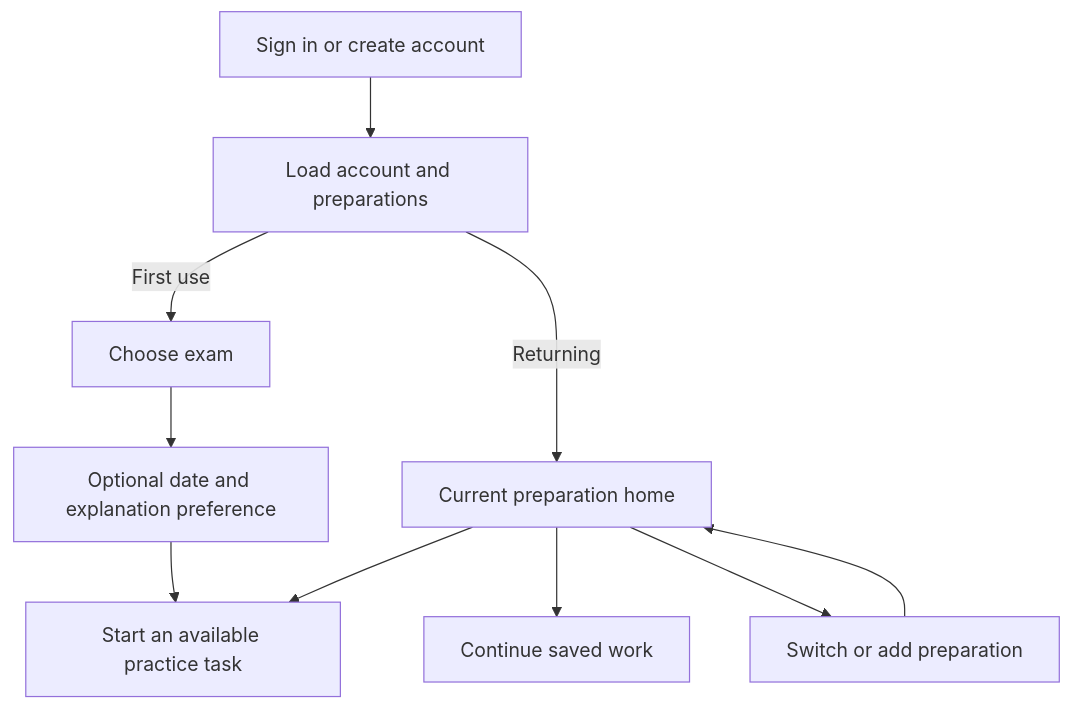
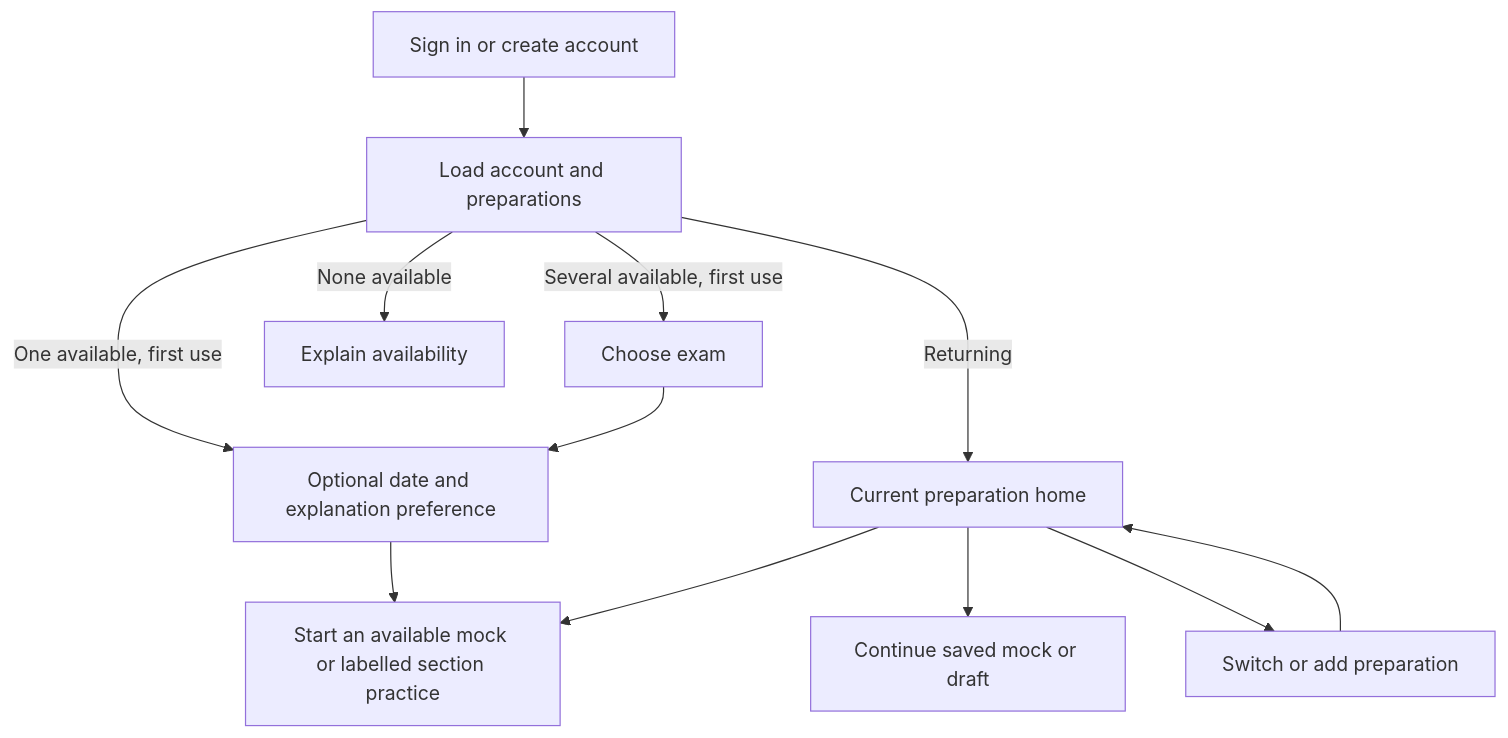
One commit to ronslink/hatoove changed the second of 2 diagrams in work/implementation/MULTI-EXAM-ARCHITECTURE-20261002.md. Above: the diagram before and after it, drawn with Mermaid. The commit also changed other lines of this file and 6 other files, not shown here.

Commit message:
Adopt mock preparation architecture and complete DTZ release rules

````diff
--- a/work/implementation/MULTI-EXAM-ARCHITECTURE-20261002.md
+++ b/work/implementation/MULTI-EXAM-ARCHITECTURE-20261002.md
@@ -130,12 +150,14 @@
 ```mermaid
 flowchart TD
     L[Sign in or create account] --> B[Load account and preparations]
-    B -->|First use| E[Choose exam]
+    B -->|Several available, first use| E[Choose exam]
+    B -->|One available, first use| O
+    B -->|None available| U[Explain availability]
     E --> O[Optional date and explanation preference]
-    O --> P[Start an available practice task]
+    O --> P[Start an available mock or labelled section practice]
     B -->|Returning| H[Current preparation home]
-    H --> D[Continue saved work]
+    H --> D[Continue saved mock or draft]
     H --> P
     H --> X[Switch or add preparation]
     X --> H
 ```
````
